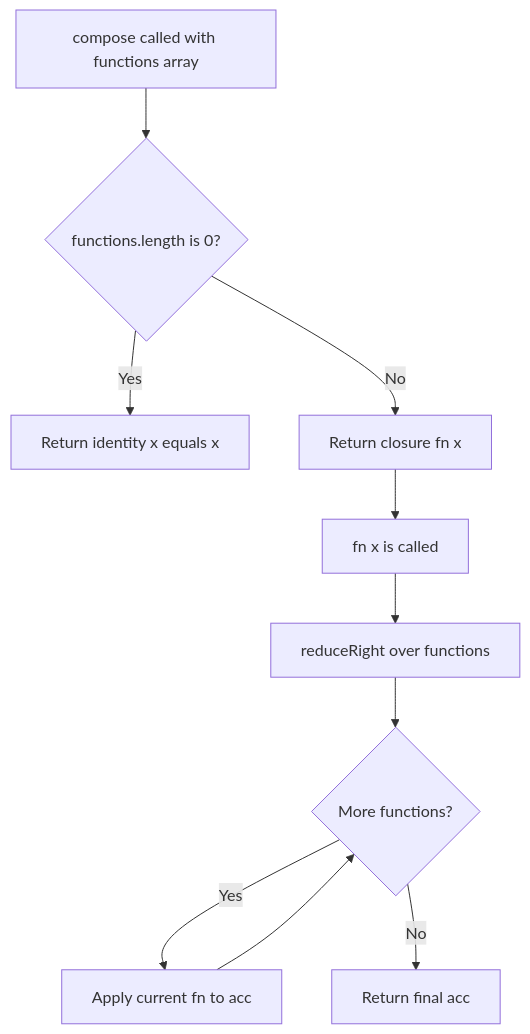
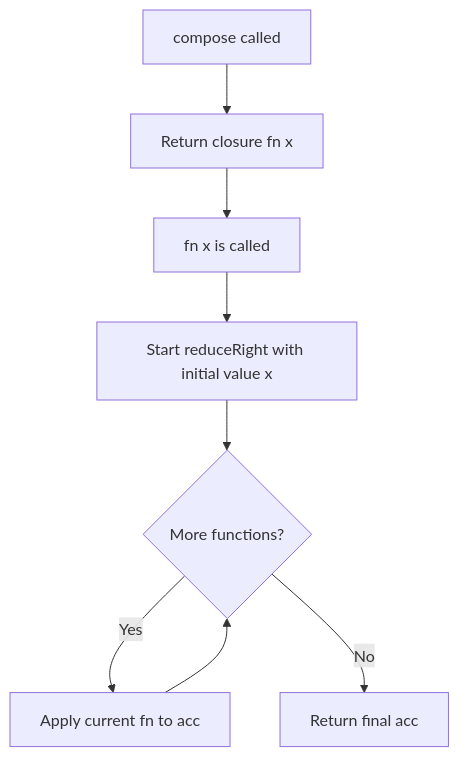
One commit to myoshi2891/Algorithm-DataStructures-Math-SQL changed the first of 2 diagrams in JavaScript/2629. Function Composition/Claude Code Sonnet 4.6 extended/README.md. Above: the diagram before and after it, drawn with Mermaid. The commit also changed other lines of this file and 2 other files, not shown here.

Commit message:
Fix Function Composition implementation issues

````diff
--- a/JavaScript/2629. Function Composition/Claude Code Sonnet 4.6 extended/README.md
+++ b/JavaScript/2629. Function Composition/Claude Code Sonnet 4.6 extended/README.md
@@ -50,12 +50,10 @@
 ```mermaid
 flowchart TD
-  Start[compose called with functions array] --> Empty{functions.length is 0?}
-  Empty -- Yes --> Identity[Return identity x equals x]
-  Empty -- No --> RetFn[Return closure fn x]
+  Start[compose called] --> RetFn[Return closure fn x]
   RetFn --> Call[fn x is called]
-  Call --> RR[reduceRight over functions]
+  Call --> RR[Start reduceRight with initial value x]
   RR --> Step{More functions?}
   Step -- Yes --> Apply[Apply current fn to acc]
   Apply --> Step
   Step -- No --> Out[Return final acc]
 ```
````
